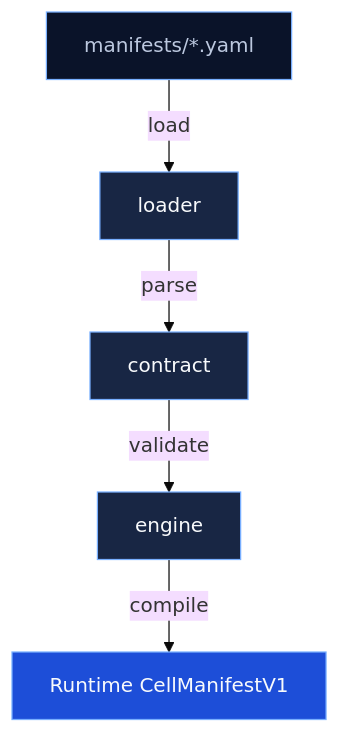
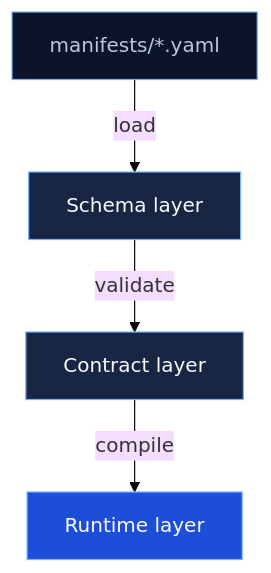
Before and after one commit to ikary-platform/ikary-manifest: the first of 2 diagrams in docs/guide/architecture.md, drawn with Mermaid (base theme). The commit also changed other lines of this file and 787 other files, not shown here.

````diff
--- a/docs/guide/architecture.md
+++ b/docs/guide/architecture.md
@@ -16,13 +32,11 @@
 ```mermaid
 flowchart TD
-    A[manifests/*.yaml] -->|load| B[loader]
-    B -->|parse| C[contract]
-    C -->|validate| D[engine]
-    D -->|compile| E[Runtime CellManifestV1]
+    A[manifests/*.yaml] -->|load| B[Schema layer]
+    B -->|validate| C[Contract layer]
+    C -->|compile| D[Runtime layer]
 
     style A fill:#0a1329,stroke:#78afff,color:#bcc8df
     style B fill:#182644,stroke:#78afff,color:#f8fafc
     style C fill:#182644,stroke:#78afff,color:#f8fafc
-    style D fill:#182644,stroke:#78afff,color:#f8fafc
-    style E fill:#1d4ed8,stroke:#78afff,color:#f8fafc
+    style D fill:#1d4ed8,stroke:#78afff,color:#f8fafc
 ```
````
